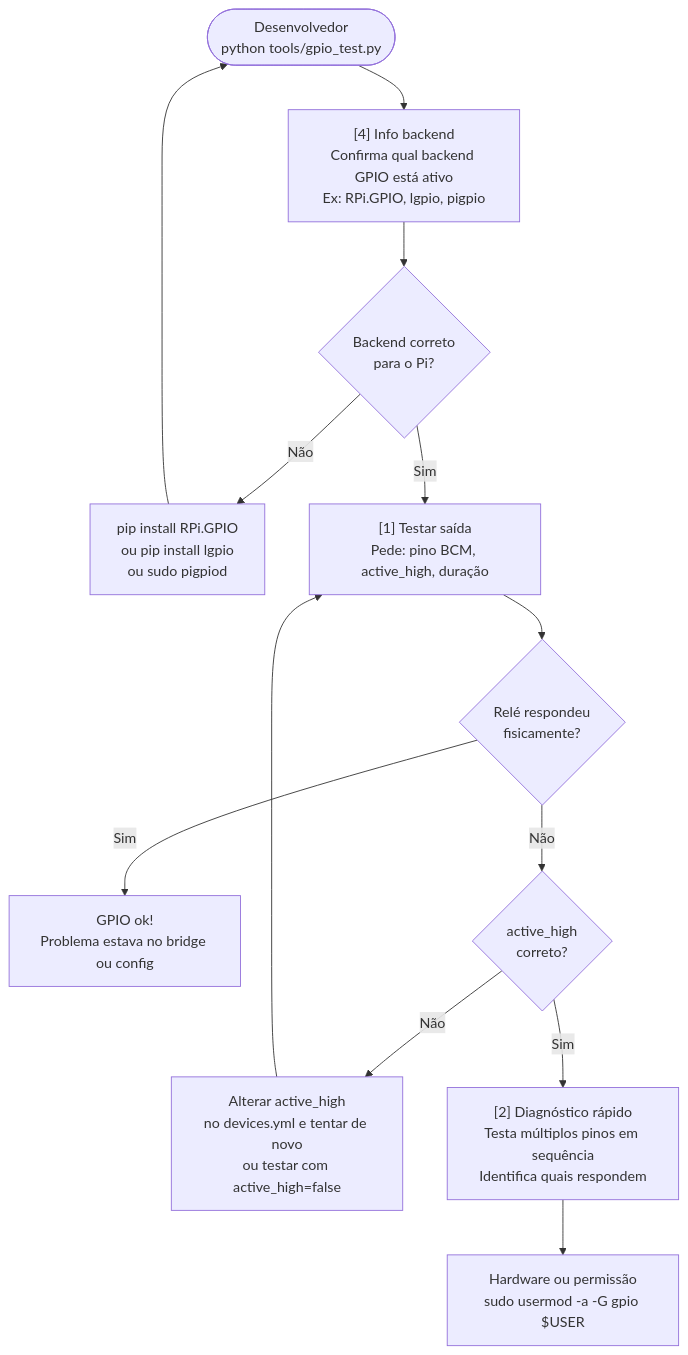
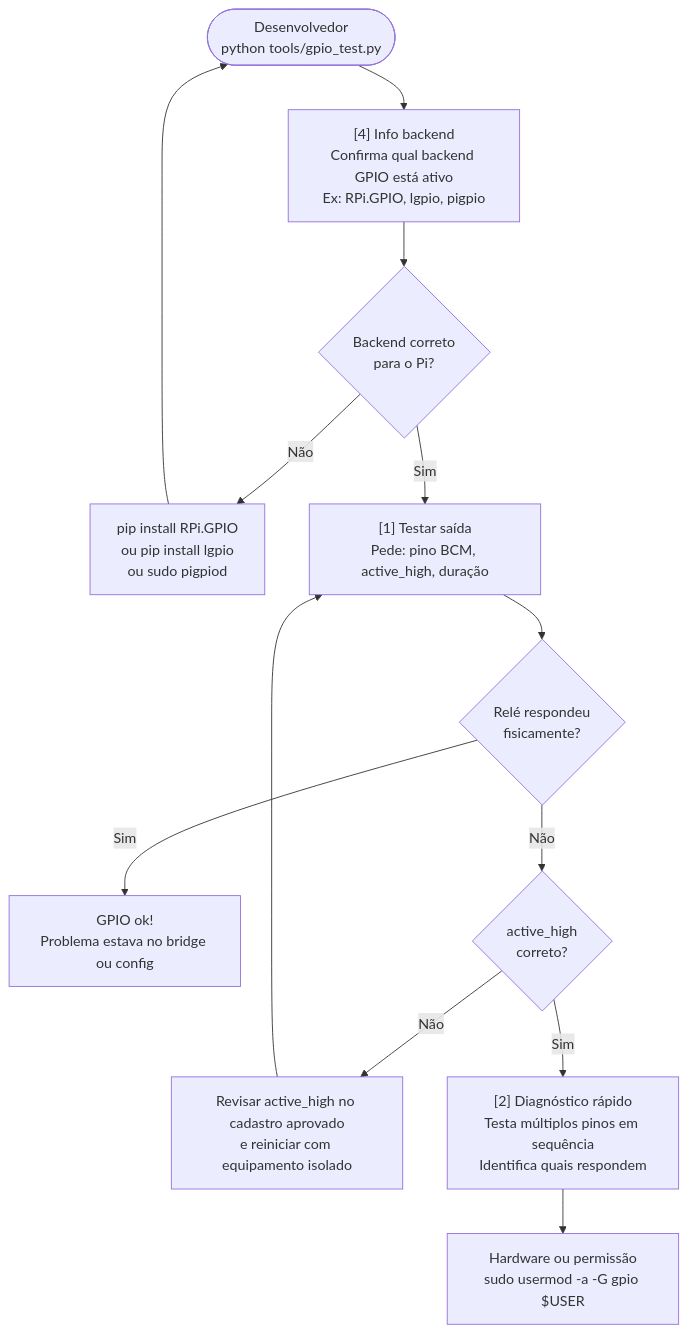
One commit to ChristopherNicolasSMM/Tesseract-Device-Bridge changed the eighth of 10 diagrams in docs/technical/05-casos-de-uso.md. Above: the diagram before and after it, drawn with Mermaid. The commit also changed 27 other files, not shown here.

Commit message:
docs: align manuals and architecture with setup and reusable components

````diff
--- a/docs/technical/05-casos-de-uso.md
+++ b/docs/technical/05-casos-de-uso.md
@@ -173,15 +173,15 @@
 ```mermaid
 flowchart TD
     A([Desenvolvedor\npython tools/gpio_test.py]) --> B["[4] Info backend\nConfirma qual backend GPIO está ativo\nEx: RPi.GPIO, lgpio, pigpio"]
     B --> C{Backend correto\npara o Pi?}
     C -- Não --> D["pip install RPi.GPIO\nou pip install lgpio\nou sudo pigpiod"]
     D --> A
     C -- Sim --> E["[1] Testar saída\nPede: pino BCM, active_high, duração"]
     E --> F{Relé respondeu\nfisicamente?}
     F -- Sim --> G["GPIO ok!\nProblema estava no bridge ou config"]
     F -- Não --> H{"active_high\ncorreto?"}
-    H -- Não --> I["Alterar active_high\nno devices.yml e tentar de novo\nou testar com active_high=false"]
+    H -- Não --> I["Revisar active_high no cadastro aprovado\ne reiniciar com equipamento isolado"]
     H -- Sim --> J["[2] Diagnóstico rápido\nTesta múltiplos pinos em sequência\nIdentifica quais respondem"]
     J --> K["Hardware ou permissão\nsudo usermod -a -G gpio $USER"]
     I --> E
 ```
````
